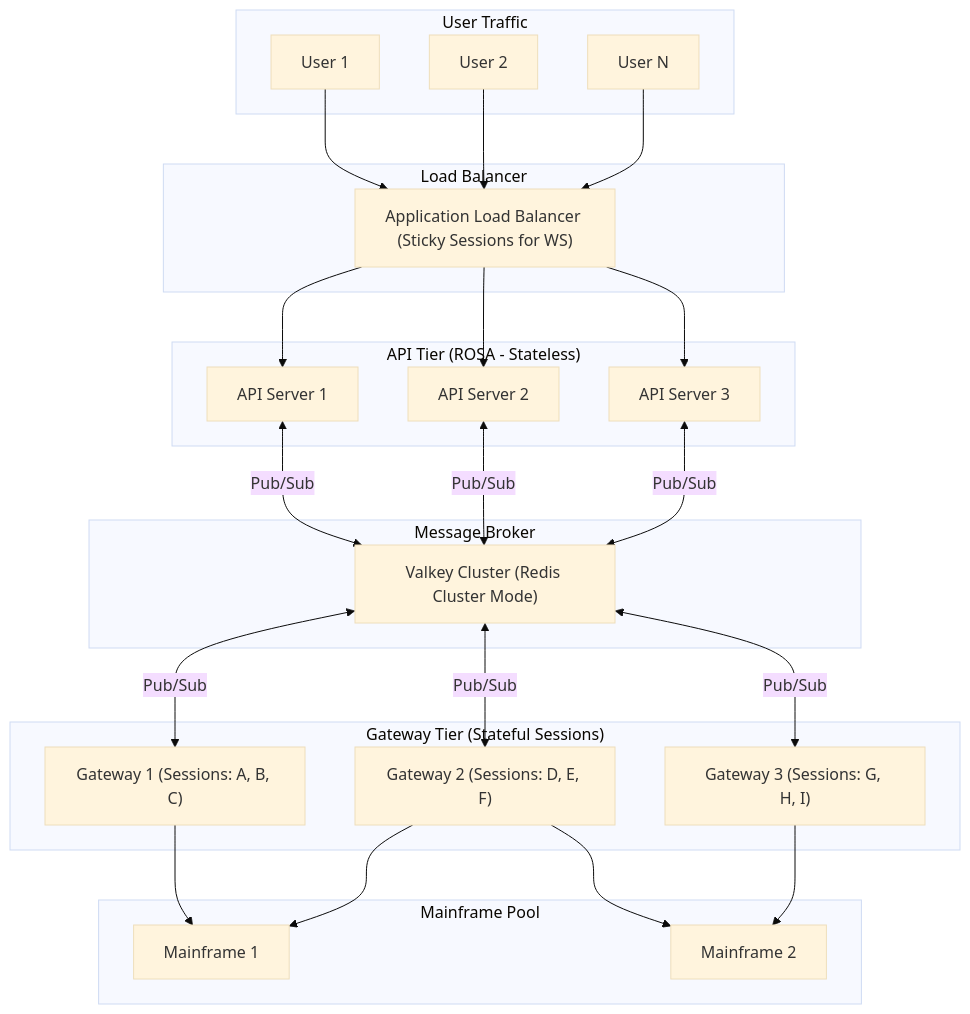
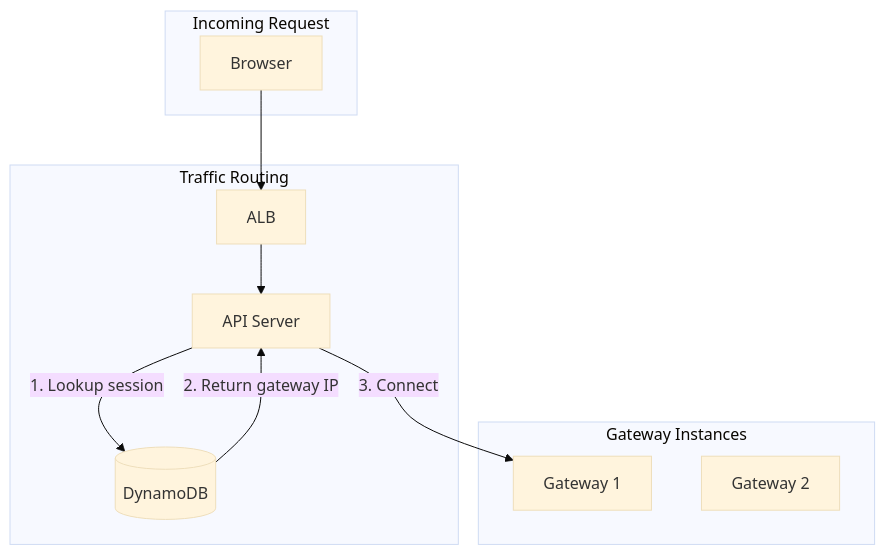
Before and after one commit to gurungabit/iast: diagram 12 of 13 in docs/diagrams.md, drawn with Mermaid (base theme). The commit also changed other lines of this file and 33 other files, not shown here.

````diff
--- a/docs/diagrams.md
+++ b/docs/diagrams.md
@@ -699,43 +381,23 @@
 ```mermaid
 flowchart TB
-    subgraph Users["User Traffic"]
-        U1["User 1"]
-        U2["User 2"]
-        UN["User N"]
+    subgraph Request["Incoming Request"]
+        Browser["Browser"]
     end
-
-    subgraph LB["Load Balancer"]
-        ALB["Application Load Balancer (Sticky Sessions for WS)"]
+    
+    subgraph Routing["Traffic Routing"]
+        ALB["ALB"]
+        API["API Server"]
+        DDB[(DynamoDB)]
     end
-
-    subgraph APITier["API Tier (ROSA - Stateless)"]
-        API1["API Server 1"]
-        API2["API Server 2"]
-        API3["API Server 3"]
+    
+    subgraph Gateways["Gateway Instances"]
+        GW1["Gateway 1"]
+        GW2["Gateway 2"]
     end
-
-    subgraph Cache["Message Broker"]
-        Valkey["Valkey Cluster (Redis Cluster Mode)"]
-    end
-
-    subgraph GatewayTier["Gateway Tier (Stateful Sessions)"]
-        GW1["Gateway 1 (Sessions: A, B, C)"]
-        GW2["Gateway 2 (Sessions: D, E, F)"]
-        GW3["Gateway 3 (Sessions: G, H, I)"]
-    end
-
-    subgraph Mainframes["Mainframe Pool"]
-        MF1["Mainframe 1"]
-        MF2["Mainframe 2"]
-    end
-
-    U1 & U2 & UN --> ALB
-    ALB --> API1 & API2 & API3
     
-    API1 & API2 & API3 <-->|"Pub/Sub"| Valkey
-    Valkey <-->|"Pub/Sub"| GW1 & GW2 & GW3
-    
-    GW1 --> MF1
-    GW2 --> MF1 & MF2
-    GW3 --> MF2
+    Browser --> ALB
+    ALB --> API
+    API -->|"1. Lookup session"| DDB
+    DDB -->|"2. Return gateway IP"| API
+    API -->|"3. Connect"| GW1
 ```
````
